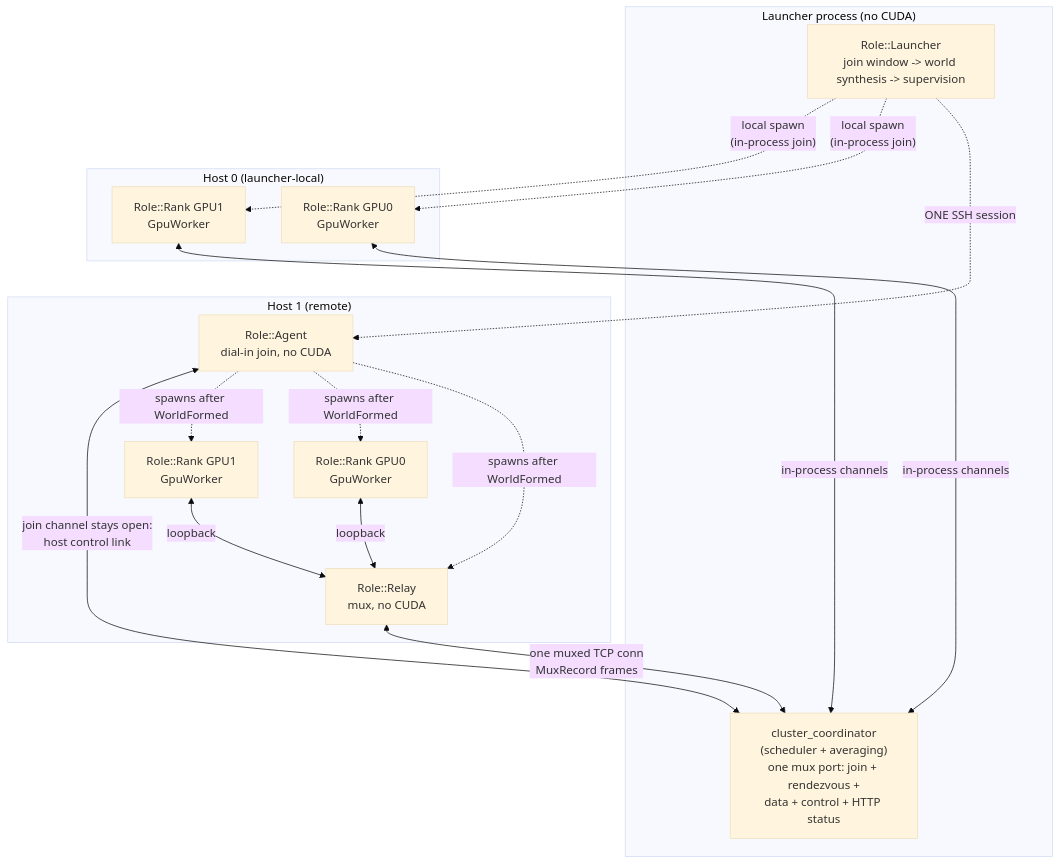
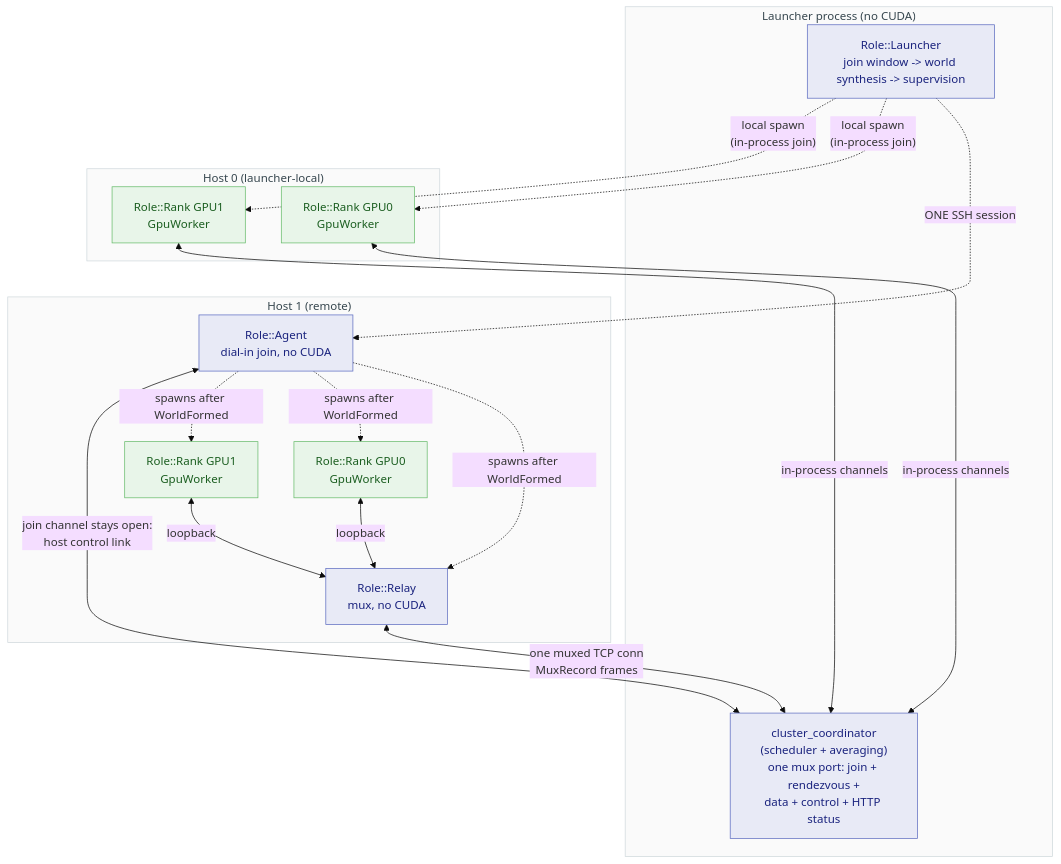
One commit to fab2s/floDl changed the first of 7 diagrams in docs/distributed/architecture.md. Above: the diagram before and after it, drawn with Mermaid (base theme). The commit also changed other lines of this file and 6 other files, not shown here.

Commit message:
doc: mermaid palette

````diff
--- a/docs/distributed/architecture.md
+++ b/docs/distributed/architecture.md
@@ -122,37 +122,44 @@
 ```mermaid
 flowchart TB
     subgraph launchbox["Launcher process (no CUDA)"]
         L["Role::Launcher<br/>join window -> world synthesis -> supervision"]
         C["cluster_coordinator<br/>(scheduler + averaging)<br/>one mux port: join + rendezvous +<br/>data + control + HTTP status"]
     end
 
     subgraph host0["Host 0 (launcher-local)"]
         W0["Role::Rank GPU0<br/>GpuWorker"]
         W1["Role::Rank GPU1<br/>GpuWorker"]
     end
 
     subgraph host1["Host 1 (remote)"]
         A1["Role::Agent<br/>dial-in join, no CUDA"]
         R1["Role::Relay<br/>mux, no CUDA"]
         W2["Role::Rank GPU0<br/>GpuWorker"]
         W3["Role::Rank GPU1<br/>GpuWorker"]
     end
 
     L -.->|ONE SSH session| A1
     L -.->|"local spawn<br/>(in-process join)"| W0
     L -.->|"local spawn<br/>(in-process join)"| W1
     A1 -.->|spawns after WorldFormed| R1
     A1 -.->|spawns after WorldFormed| W2
     A1 -.->|spawns after WorldFormed| W3
 
     A1 <-->|join channel stays open:<br/>host control link| C
     W0 <-->|in-process channels| C
     W1 <-->|in-process channels| C
     W2 <-->|loopback| R1
     W3 <-->|loopback| R1
     R1 <-->|one muxed TCP conn<br/>MuxRecord frames| C
 
     %% Stack the hosts instead of letting dagre put them side by side: with
     %% both wired to the launcher they land on one rank and the chart sprawls.
     host0 ~~~ host1
+
+    classDef actor fill:#e8eaf6,stroke:#5c6bc0,color:#1a237e
+    classDef good fill:#e8f5e9,stroke:#66bb6a,color:#1b5e20
+    class L,C,A1,R1 actor
+    class W0,W1,W2,W3 good
+    classDef group fill:#fafafa,stroke:#cfd8dc,color:#37474f
+    class launchbox,host0,host1 group
 ```
````
